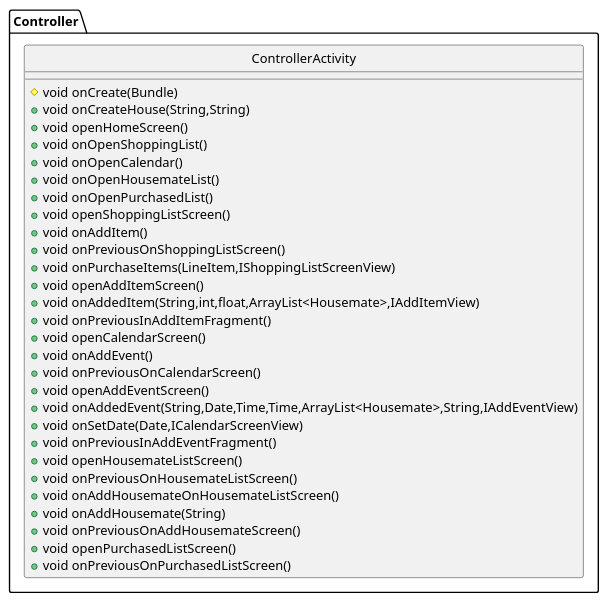
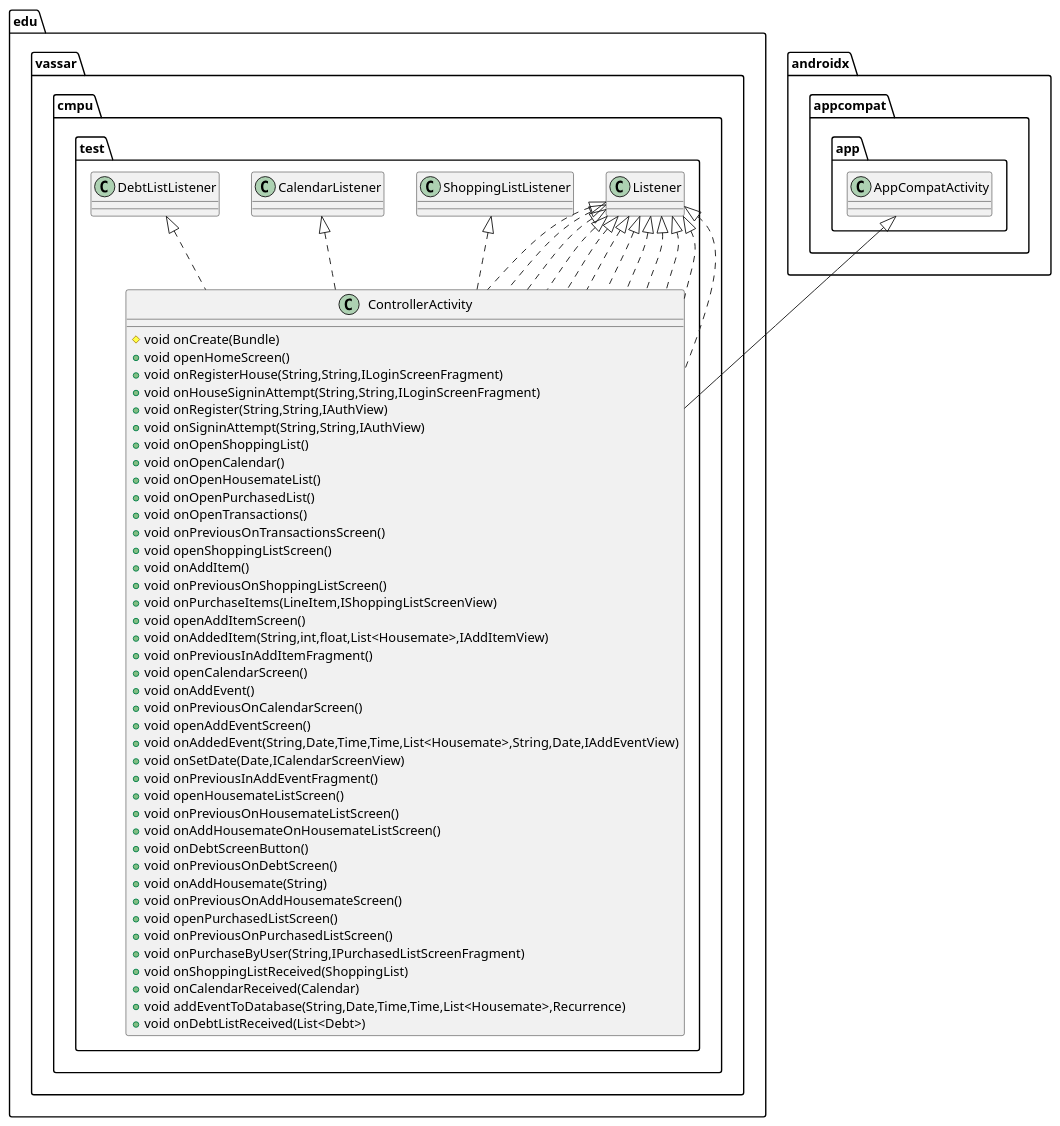
Before and after one commit to willemnielsen/House-App: the ninth of 15 diagrams in intellij/doc/design.md, drawn with PlantUML. The commit also changed other lines of this file, not shown here.

Commit message:
update class diagrams

````diff
--- a/intellij/doc/design.md
+++ b/intellij/doc/design.md
@@ -285,38 +336,64 @@
 ```plantuml
 @startuml
-hide circle
-hide empty methods
-
-class Controller.ControllerActivity {
+class edu.vassar.cmpu.test.ControllerActivity {
 # void onCreate(Bundle)
-+ void onCreateHouse(String,String)
 + void openHomeScreen()
++ void onRegisterHouse(String,String,ILoginScreenFragment)
++ void onHouseSigninAttempt(String,String,ILoginScreenFragment)
++ void onRegister(String,String,IAuthView)
++ void onSigninAttempt(String,String,IAuthView)
 + void onOpenShoppingList()
 + void onOpenCalendar()
 + void onOpenHousemateList()
 + void onOpenPurchasedList()
++ void onOpenTransactions()
++ void onPreviousOnTransactionsScreen()
 + void openShoppingListScreen()
 + void onAddItem()
 + void onPreviousOnShoppingListScreen()
 + void onPurchaseItems(LineItem,IShoppingListScreenView)
 + void openAddItemScreen()
-+ void onAddedItem(String,int,float,ArrayList<Housemate>,IAddItemView)
++ void onAddedItem(String,int,float,List<Housemate>,IAddItemView)
 + void onPreviousInAddItemFragment()
 + void openCalendarScreen()
 + void onAddEvent()
 + void onPreviousOnCalendarScreen()
 + void openAddEventScreen()
-+ void onAddedEvent(String,Date,Time,Time,ArrayList<Housemate>,String,IAddEventView)
++ void onAddedEvent(String,Date,Time,Time,List<Housemate>,String,Date,IAddEventView)
 + void onSetDate(Date,ICalendarScreenView)
 + void onPreviousInAddEventFragment()
 + void openHousemateListScreen()
 + void onPreviousOnHousemateListScreen()
 + void onAddHousemateOnHousemateListScreen()
++ void onDebtScreenButton()
++ void onPreviousOnDebtScreen()
 + void onAddHousemate(String)
 + void onPreviousOnAddHousemateScreen()
 + void openPurchasedListScreen()
 + void onPreviousOnPurchasedListScreen()
++ void onPurchaseByUser(String,IPurchasedListScreenFragment)
++ void onShoppingListReceived(ShoppingList)
++ void onCalendarReceived(Calendar)
++ void addEventToDatabase(String,Date,Time,Time,List<Housemate>,Recurrence)
++ void onDebtListReceived(List<Debt>)
 }
 
+
+edu.vassar.cmpu.test.Listener <|.. edu.vassar.cmpu.test.ControllerActivity
+edu.vassar.cmpu.test.Listener <|.. edu.vassar.cmpu.test.ControllerActivity
+edu.vassar.cmpu.test.Listener <|.. edu.vassar.cmpu.test.ControllerActivity
+edu.vassar.cmpu.test.Listener <|.. edu.vassar.cmpu.test.ControllerActivity
+edu.vassar.cmpu.test.Listener <|.. edu.vassar.cmpu.test.ControllerActivity
+edu.vassar.cmpu.test.Listener <|.. edu.vassar.cmpu.test.ControllerActivity
+edu.vassar.cmpu.test.Listener <|.. edu.vassar.cmpu.test.ControllerActivity
+edu.vassar.cmpu.test.Listener <|.. edu.vassar.cmpu.test.ControllerActivity
+edu.vassar.cmpu.test.Listener <|.. edu.vassar.cmpu.test.ControllerActivity
+edu.vassar.cmpu.test.Listener <|.. edu.vassar.cmpu.test.ControllerActivity
+edu.vassar.cmpu.test.Listener <|.. edu.vassar.cmpu.test.ControllerActivity
+edu.vassar.cmpu.test.ShoppingListListener <|.. edu.vassar.cmpu.test.ControllerActivity
+edu.vassar.cmpu.test.CalendarListener <|.. edu.vassar.cmpu.test.ControllerActivity
+edu.vassar.cmpu.test.DebtListListener <|.. edu.vassar.cmpu.test.ControllerActivity
+edu.vassar.cmpu.test.Listener <|.. edu.vassar.cmpu.test.ControllerActivity
+androidx.appcompat.app.AppCompatActivity <|-- edu.vassar.cmpu.test.ControllerActivity
 @enduml
 ```
````
